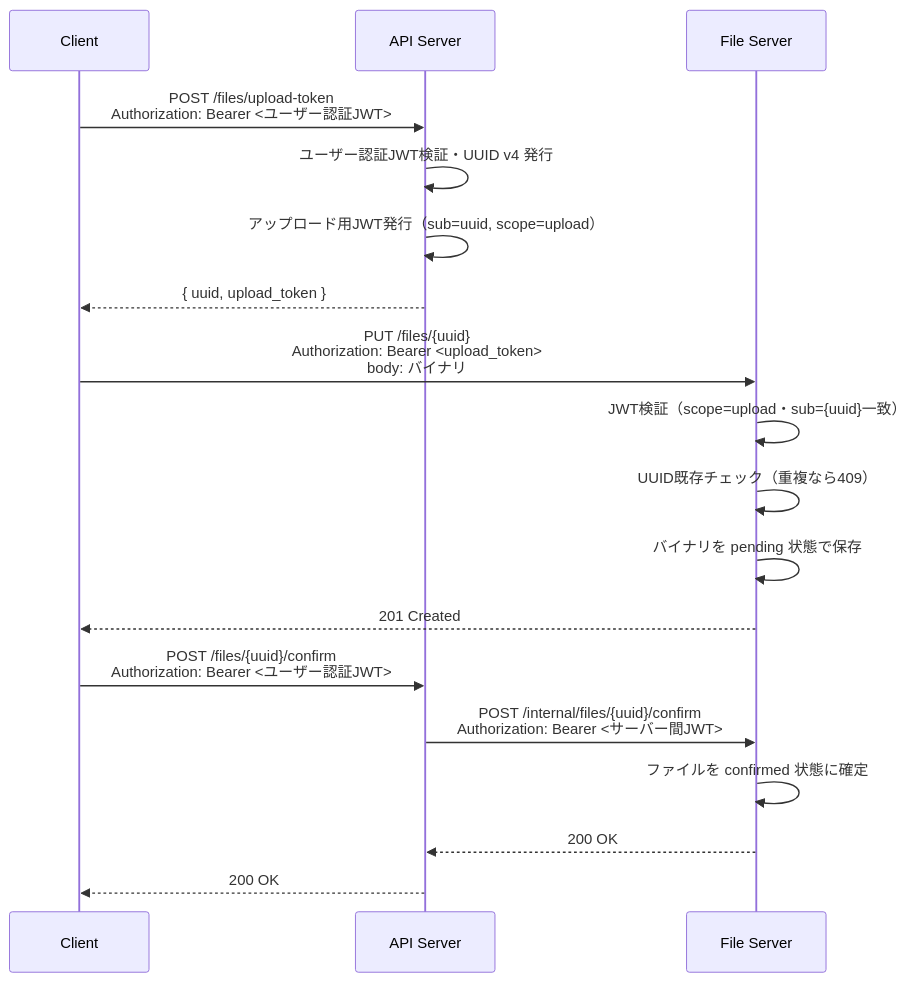
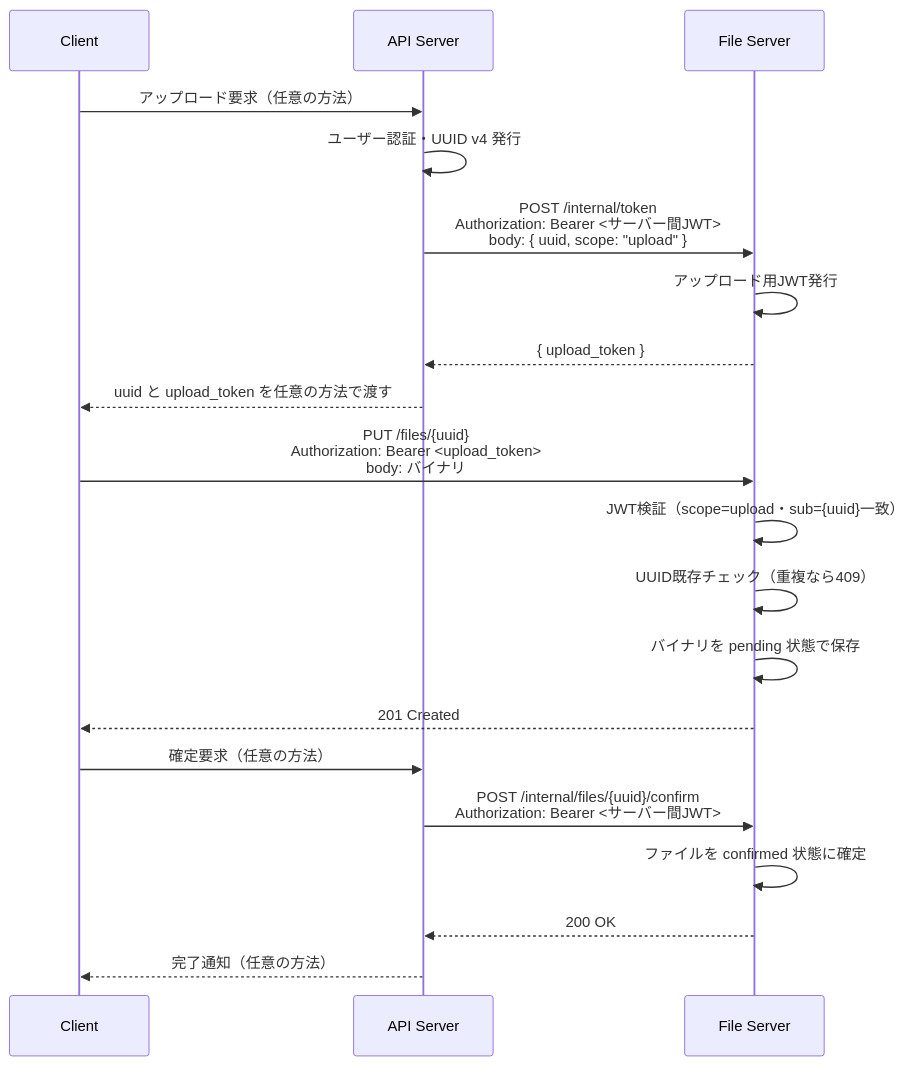
Before and after one commit to kigawa01/kaft: the second of 5 diagrams in docs/spec.md, drawn with Mermaid. The commit also changed other lines of this file, not shown here.

````diff
--- a/docs/spec.md
+++ b/docs/spec.md
@@ -122,23 +116,25 @@
 ```mermaid
 sequenceDiagram
     participant C as Client
     participant A as API Server
     participant F as File Server
 
-    C->>A: POST /files/upload-token<br/>Authorization: Bearer <ユーザー認証JWT>
-    A->>A: ユーザー認証JWT検証・UUID v4 発行
-    A->>A: アップロード用JWT発行（sub=uuid, scope=upload）
-    A-->>C: { uuid, upload_token }
+    C->>A: アップロード要求（任意の方法）
+    A->>A: ユーザー認証・UUID v4 発行
+    A->>F: POST /internal/token<br/>Authorization: Bearer <サーバー間JWT><br/>body: { uuid, scope: "upload" }
+    F->>F: アップロード用JWT発行
+    F-->>A: { upload_token }
+    A-->>C: uuid と upload_token を任意の方法で渡す
 
     C->>F: PUT /files/{uuid}<br/>Authorization: Bearer <upload_token><br/>body: バイナリ
     F->>F: JWT検証（scope=upload・sub={uuid}一致）
     F->>F: UUID既存チェック（重複なら409）
     F->>F: バイナリを pending 状態で保存
     F-->>C: 201 Created
 
-    C->>A: POST /files/{uuid}/confirm<br/>Authorization: Bearer <ユーザー認証JWT>
+    C->>A: 確定要求（任意の方法）
     A->>F: POST /internal/files/{uuid}/confirm<br/>Authorization: Bearer <サーバー間JWT>
     F->>F: ファイルを confirmed 状態に確定
     F-->>A: 200 OK
-    A-->>C: 200 OK
+    A-->>C: 完了通知（任意の方法）
 ```
````
